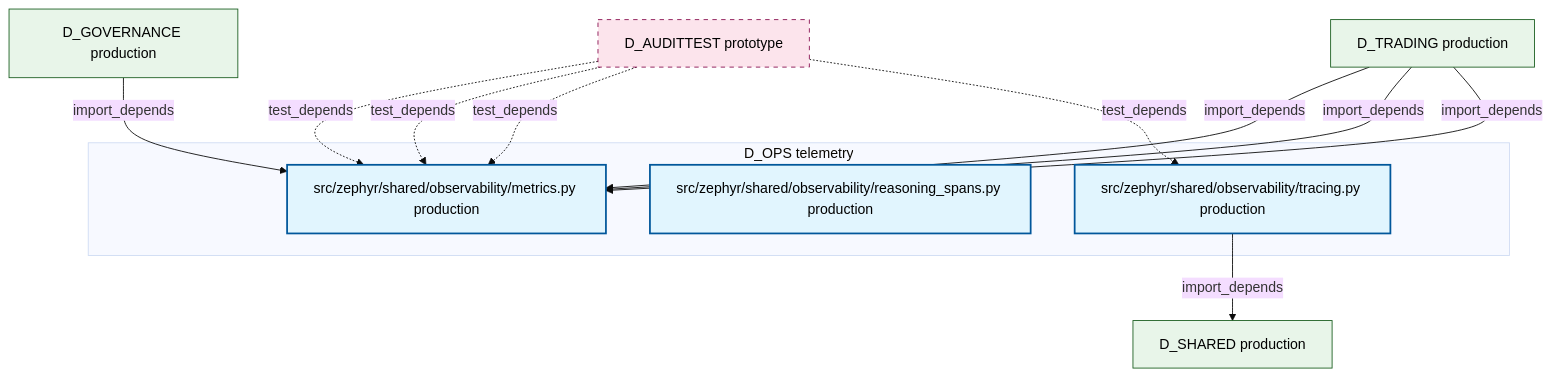
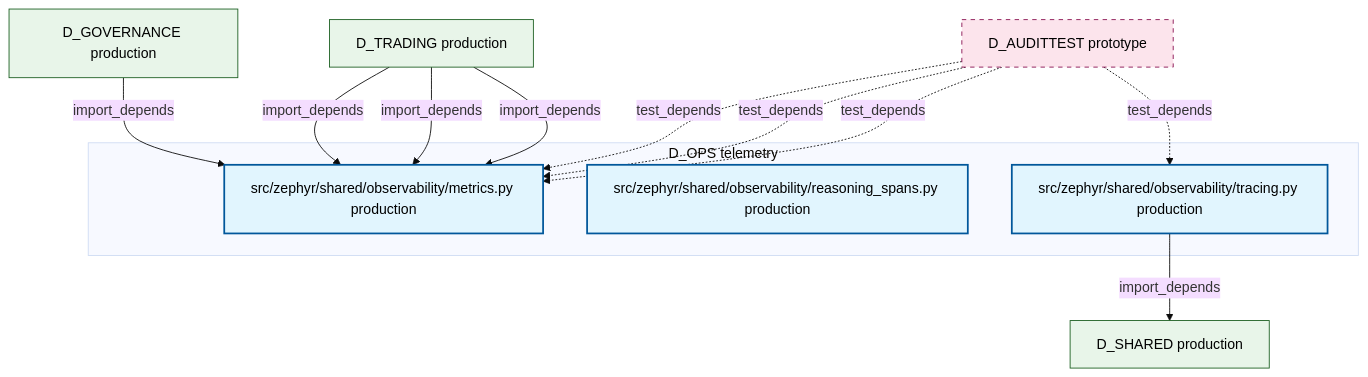
Before and after one commit to xuanFelixVan/ZephyrAlpha: the diagram in docs/02_enterprise_architecture/02_domain_architecture_docs/15_d_ops.md, drawn with Mermaid (base theme). The commit also changed other lines of this file and 99 other files, not shown here.

````diff
--- a/docs/02_enterprise_architecture/02_domain_architecture_docs/15_d_ops.md
+++ b/docs/02_enterprise_architecture/02_domain_architecture_docs/15_d_ops.md
@@ -47,28 +47,28 @@
 ```mermaid
 graph TD
     subgraph D_OPS["D_OPS telemetry"]
         src_zephyr_shared_observability_metrics_py["src/zephyr/shared/observability/metrics.py production"]
         src_zephyr_shared_observability_reasoning_spans_py["src/zephyr/shared/observability/reasoning_spans.py production"]
         src_zephyr_shared_observability_tracing_py["src/zephyr/shared/observability/tracing.py production"]
     end
     D_SHARED["D_SHARED production"]
     src_zephyr_shared_observability_tracing_py -->|import_depends| D_SHARED
+    D_GOVERNANCE["D_GOVERNANCE production"]
+    D_GOVERNANCE -->|import_depends| src_zephyr_shared_observability_metrics_py
+    D_TRADING["D_TRADING production"]
+    D_TRADING -->|import_depends| src_zephyr_shared_observability_metrics_py
+    D_TRADING -->|import_depends| src_zephyr_shared_observability_metrics_py
+    D_TRADING -->|import_depends| src_zephyr_shared_observability_metrics_py
     D_AUDITTEST["D_AUDITTEST prototype"]
     D_AUDITTEST -.->|test_depends| src_zephyr_shared_observability_metrics_py
-    D_GOVERNANCE["D_GOVERNANCE production"]
-    D_GOVERNANCE -->|import_depends| src_zephyr_shared_observability_metrics_py
     D_AUDITTEST -.->|test_depends| src_zephyr_shared_observability_metrics_py
-    D_TRADING["D_TRADING production"]
-    D_TRADING -->|import_depends| src_zephyr_shared_observability_metrics_py
     D_AUDITTEST -.->|test_depends| src_zephyr_shared_observability_metrics_py
-    D_TRADING -->|import_depends| src_zephyr_shared_observability_metrics_py
-    D_TRADING -->|import_depends| src_zephyr_shared_observability_metrics_py
     D_AUDITTEST -.->|test_depends| src_zephyr_shared_observability_tracing_py
     classDef production fill:#e1f5fe,stroke:#01579b,stroke-width:2px,color:#000
     classDef design fill:#fff3e0,stroke:#e65100,stroke-width:2px,color:#000,stroke-dasharray: 5 5
     classDef external_prod fill:#e8f5e9,stroke:#1b5e20,stroke-width:1px,color:#000
     classDef external_design fill:#fce4ec,stroke:#880e4f,stroke-width:1px,color:#000,stroke-dasharray: 5 5
     class src_zephyr_shared_observability_metrics_py,src_zephyr_shared_observability_reasoning_spans_py,src_zephyr_shared_observability_tracing_py production
     class D_SHARED,D_GOVERNANCE,D_TRADING external_prod
     class D_AUDITTEST external_design
 ```
````
